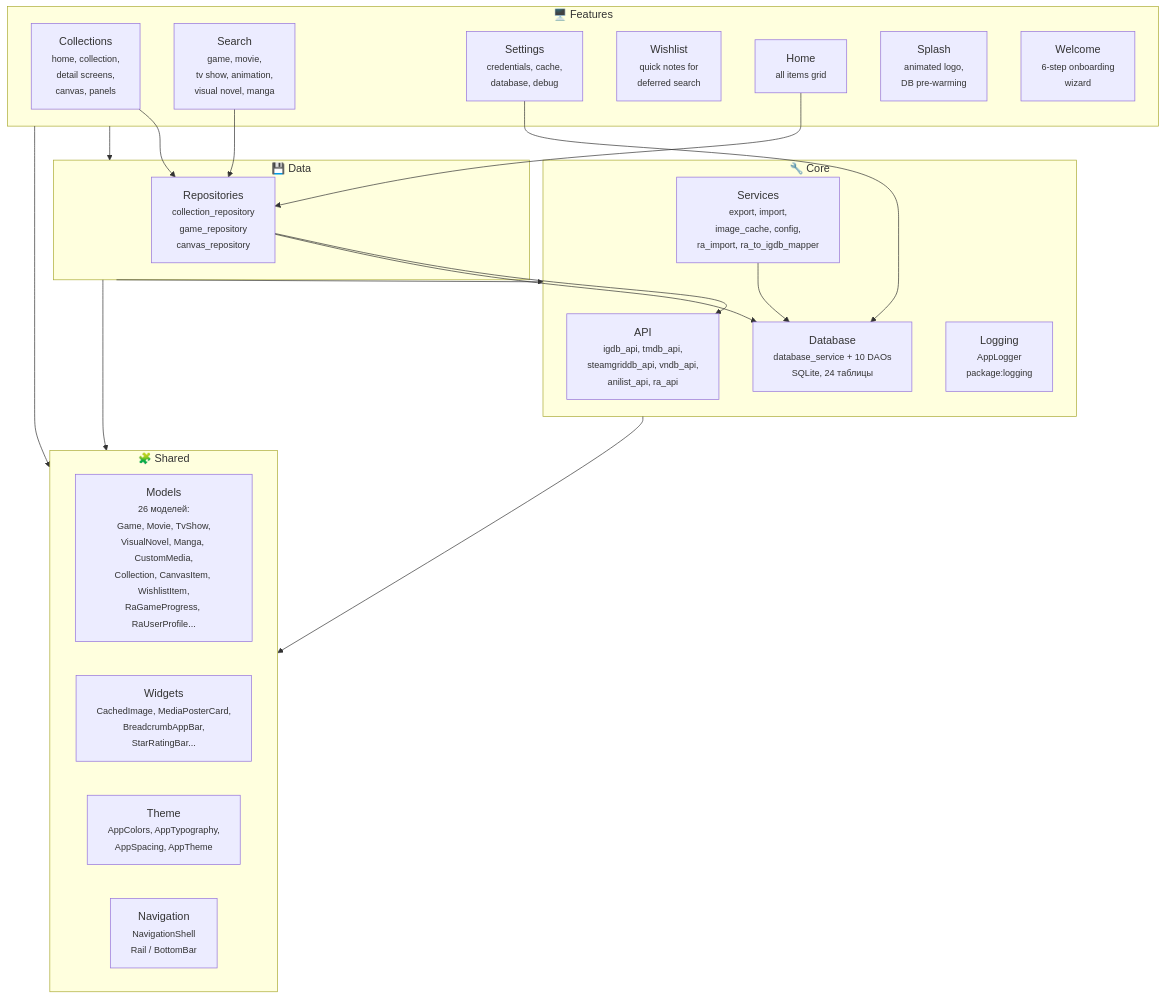
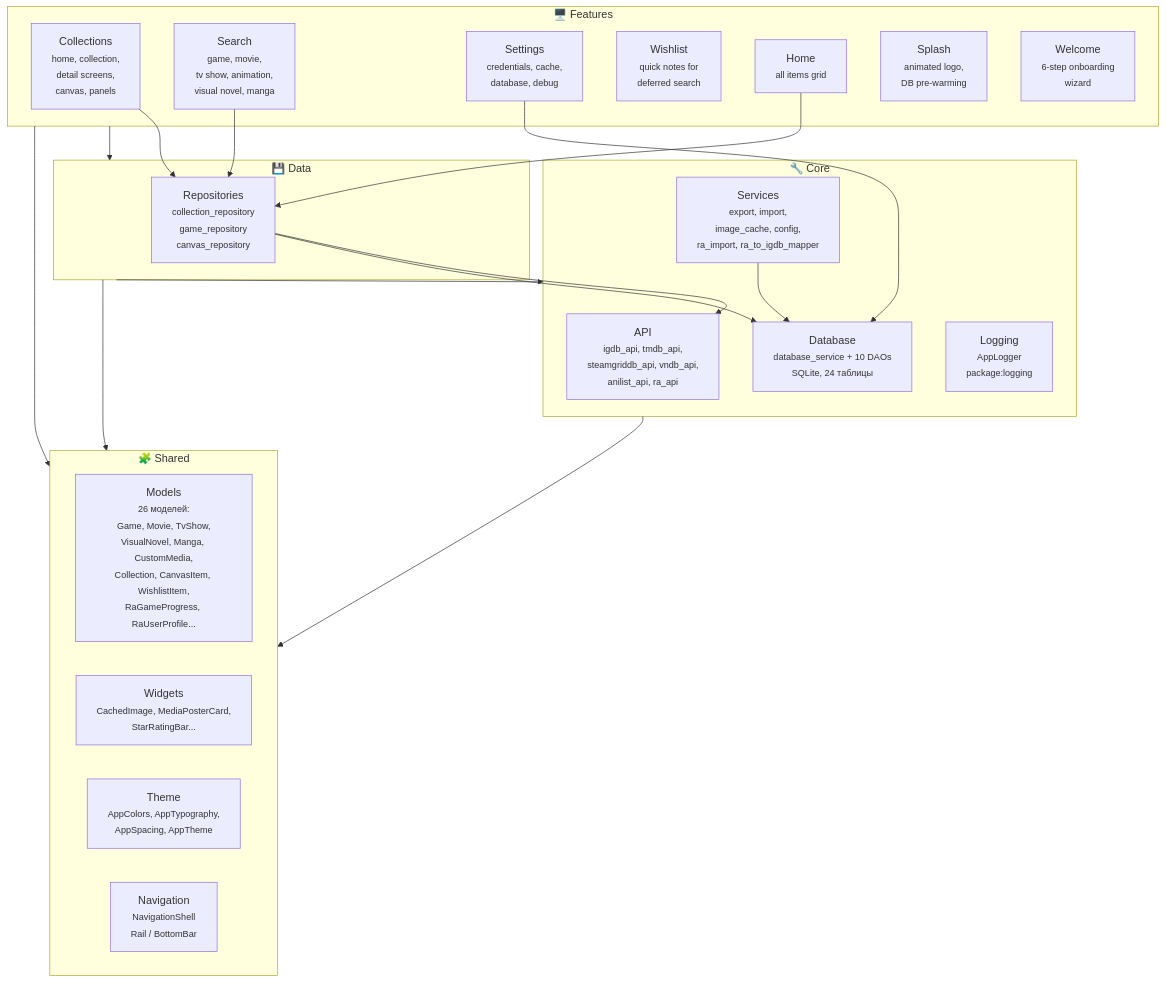
The first of 2 diagrams in docs/ARCHITECTURE.md (hacan359/tonkatsu_box), drawn with Mermaid before and after one commit. The commit also changed other lines of this file and 49 other files, not shown here.

````diff
--- a/docs/ARCHITECTURE.md
+++ b/docs/ARCHITECTURE.md
@@ -24,44 +24,44 @@
 ```mermaid
 graph TB
     subgraph core ["🔧 Core"]
         api["API<br/><small>igdb_api, tmdb_api,<br/>steamgriddb_api, vndb_api,<br/>anilist_api, ra_api</small>"]
         database["Database<br/><small>database_service + 10 DAOs<br/>SQLite, 24 таблицы</small>"]
         logging["Logging<br/><small>AppLogger<br/>package:logging</small>"]
         services["Services<br/><small>export, import,<br/>image_cache, config,<br/>ra_import, ra_to_igdb_mapper</small>"]
     end
 
     subgraph data ["💾 Data"]
         repositories["Repositories<br/><small>collection_repository<br/>game_repository<br/>canvas_repository</small>"]
     end
 
     subgraph features ["🖥️ Features"]
         collections["Collections<br/><small>home, collection,<br/>detail screens,<br/>canvas, panels</small>"]
         search["Search<br/><small>game, movie,<br/>tv show, animation,<br/>visual novel, manga</small>"]
         settings["Settings<br/><small>credentials, cache,<br/>database, debug</small>"]
         wishlist["Wishlist<br/><small>quick notes for<br/>deferred search</small>"]
         home["Home<br/><small>all items grid</small>"]
         splash["Splash<br/><small>animated logo,<br/>DB pre-warming</small>"]
         welcome["Welcome<br/><small>6-step onboarding<br/>wizard</small>"]
     end
 
     subgraph shared ["🧩 Shared"]
         models["Models<br/><small>26 моделей:<br/>Game, Movie, TvShow,<br/>VisualNovel, Manga, CustomMedia,<br/>Collection, CanvasItem, WishlistItem,<br/>RaGameProgress, RaUserProfile...</small>"]
-        widgets["Widgets<br/><small>CachedImage, MediaPosterCard,<br/>BreadcrumbAppBar,<br/>StarRatingBar...</small>"]
+        widgets["Widgets<br/><small>CachedImage, MediaPosterCard,<br/>StarRatingBar...</small>"]
         theme["Theme<br/><small>AppColors, AppTypography,<br/>AppSpacing, AppTheme</small>"]
         navigation["Navigation<br/><small>NavigationShell<br/>Rail / BottomBar</small>"]
     end
 
     features --> data
     features --> shared
     data --> core
     data --> shared
     core --> shared
 
     collections --> repositories
     search --> repositories
     settings --> database
     home --> repositories
     repositories --> api
     repositories --> database
     services --> database
 ```
````
